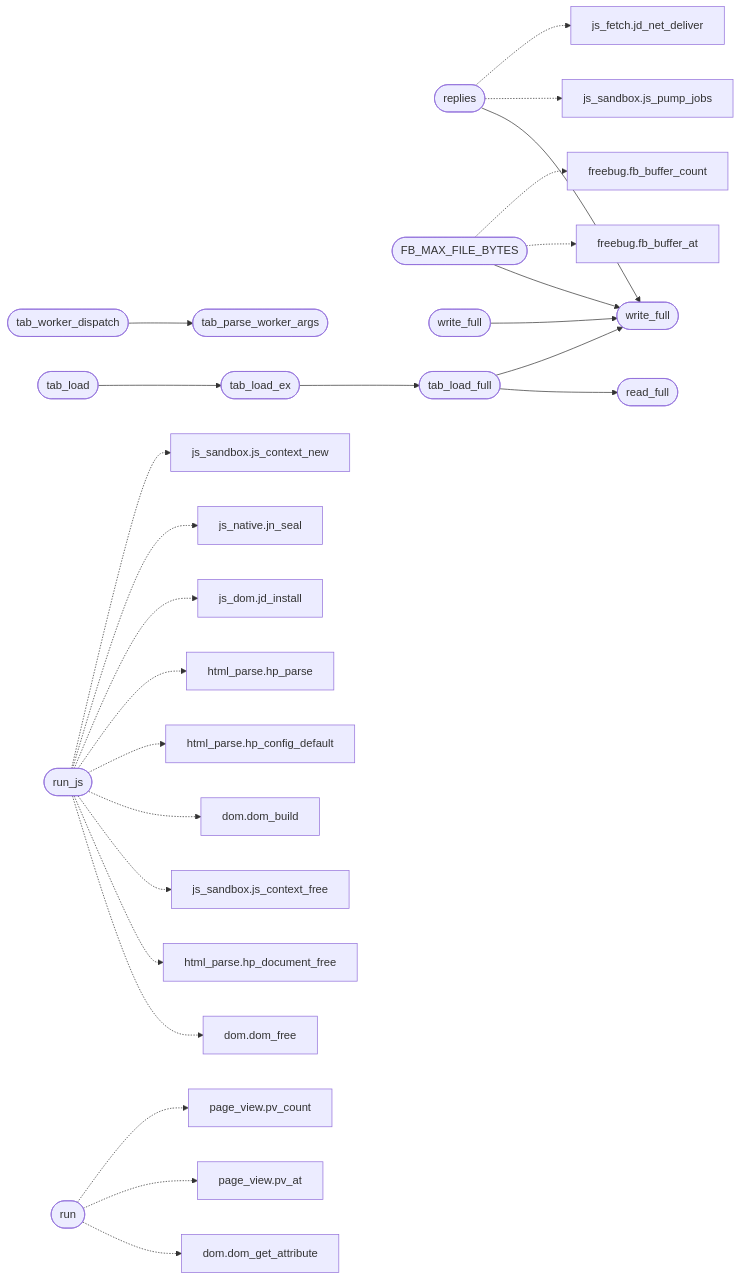
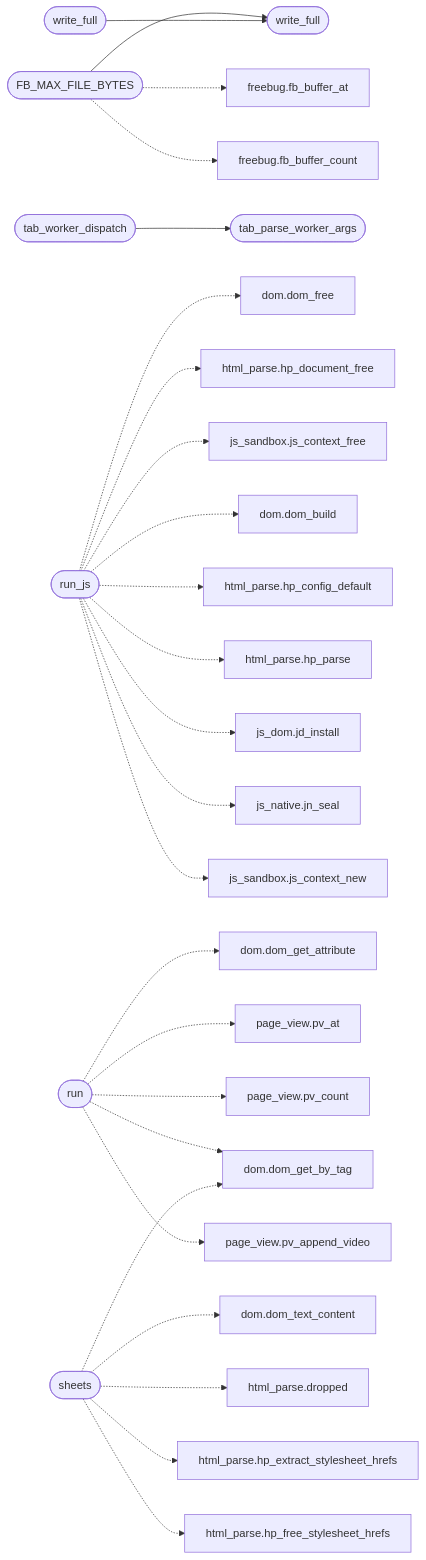
One commit to grisuno/FreeDom changed the second of 2 diagrams in readmenator-apidocs/modules/src.tab.c.md. Above: the diagram before and after it, drawn with Mermaid. The commit also changed other lines of this file and 182 other files, not shown here.

````diff
--- a/readmenator-apidocs/modules/src.tab.c.md
+++ b/readmenator-apidocs/modules/src.tab.c.md
@@ -41,55 +45,55 @@
 ```mermaid
 flowchart LR
-    n_src_tab_c__replies(["replies"])
+    n_src_tab_c__FB_MAX_FILE_BYTES(["FB_MAX_FILE_BYTES"])
     n_src_tab_c__write_full(["write_full"])
-    n_src_tab_c__FB_MAX_FILE_BYTES(["FB_MAX_FILE_BYTES"])
-    n_src_tab_c__write_full_2069(["write_full"])
+    n_src_tab_c__write_full_2144(["write_full"])
     n_src_tab_c__tab_worker_dispatch(["tab_worker_dispatch"])
     n_src_tab_c__tab_parse_worker_args(["tab_parse_worker_args"])
-    n_src_tab_c__tab_load(["tab_load"])
-    n_src_tab_c__tab_load_ex(["tab_load_ex"])
-    n_src_tab_c__tab_load_full(["tab_load_full"])
-    n_src_tab_c__read_full(["read_full"])
-    n_include_js_sandbox_h__js_pump_jobs["js_sandbox.js_pump_jobs"]
-    n_src_js_fetch_c__jd_net_deliver["js_fetch.jd_net_deliver"]
     n_src_tab_c__run_js(["run_js"])
     n_include_dom_h__dom_free["dom.dom_free"]
     n_include_html_parse_h__hp_document_free["html_parse.hp_document_free"]
     n_include_js_sandbox_h__js_context_free["js_sandbox.js_context_free"]
     n_src_dom_c__dom_build["dom.dom_build"]
     n_src_html_parse_c__hp_config_default["html_parse.hp_config_default"]
     n_src_html_parse_c__hp_parse["html_parse.hp_parse"]
     n_src_js_dom_c__jd_install["js_dom.jd_install"]
     n_src_js_native_c__jn_seal["js_native.jn_seal"]
     n_src_js_sandbox_c__js_context_new["js_sandbox.js_context_new"]
     n_include_freebug_h__fb_buffer_at["freebug.fb_buffer_at"]
     n_include_freebug_h__fb_buffer_count["freebug.fb_buffer_count"]
     n_src_tab_c__run(["run"])
     n_include_dom_h__dom_get_attribute["dom.dom_get_attribute"]
     n_include_page_view_h__pv_at["page_view.pv_at"]
     n_include_page_view_h__pv_count["page_view.pv_count"]
-    n_src_tab_c__replies --> n_src_tab_c__write_full
+    n_src_dom_c__dom_get_by_tag["dom.dom_get_by_tag"]
+    n_src_page_view_c__pv_append_video["page_view.pv_append_video"]
+    n_src_tab_c__sheets(["sheets"])
+    n_include_dom_h__dom_text_content["dom.dom_text_content"]
+    n_include_html_parse_h__dropped["html_parse.dropped"]
+    n_include_html_parse_h__hp_extract_stylesheet_hrefs["html_parse.hp_extract_stylesheet_hrefs"]
+    n_include_html_parse_h__hp_free_stylesheet_hrefs["html_parse.hp_free_stylesheet_hrefs"]
     n_src_tab_c__FB_MAX_FILE_BYTES --> n_src_tab_c__write_full
-    n_src_tab_c__write_full_2069 --> n_src_tab_c__write_full
+    n_src_tab_c__write_full_2144 --> n_src_tab_c__write_full
     n_src_tab_c__tab_worker_dispatch --> n_src_tab_c__tab_parse_worker_args
-    n_src_tab_c__tab_load --> n_src_tab_c__tab_load_ex
-    n_src_tab_c__tab_load_ex --> n_src_tab_c__tab_load_full
-    n_src_tab_c__tab_load_full --> n_src_tab_c__read_full
-    n_src_tab_c__tab_load_full --> n_src_tab_c__write_full
-    n_src_tab_c__replies -.-> n_include_js_sandbox_h__js_pump_jobs
-    n_src_tab_c__replies -.-> n_src_js_fetch_c__jd_net_deliver
     n_src_tab_c__run_js -.-> n_include_dom_h__dom_free
     n_src_tab_c__run_js -.-> n_include_html_parse_h__hp_document_free
     n_src_tab_c__run_js -.-> n_include_js_sandbox_h__js_context_free
     n_src_tab_c__run_js -.-> n_src_dom_c__dom_build
     n_src_tab_c__run_js -.-> n_src_html_parse_c__hp_config_default
     n_src_tab_c__run_js -.-> n_src_html_parse_c__hp_parse
     n_src_tab_c__run_js -.-> n_src_js_dom_c__jd_install
     n_src_tab_c__run_js -.-> n_src_js_native_c__jn_seal
     n_src_tab_c__run_js -.-> n_src_js_sandbox_c__js_context_new
     n_src_tab_c__FB_MAX_FILE_BYTES -.-> n_include_freebug_h__fb_buffer_at
     n_src_tab_c__FB_MAX_FILE_BYTES -.-> n_include_freebug_h__fb_buffer_count
     n_src_tab_c__run -.-> n_include_dom_h__dom_get_attribute
     n_src_tab_c__run -.-> n_include_page_view_h__pv_at
     n_src_tab_c__run -.-> n_include_page_view_h__pv_count
+    n_src_tab_c__run -.-> n_src_dom_c__dom_get_by_tag
+    n_src_tab_c__run -.-> n_src_page_view_c__pv_append_video
+    n_src_tab_c__sheets -.-> n_include_dom_h__dom_text_content
+    n_src_tab_c__sheets -.-> n_include_html_parse_h__dropped
+    n_src_tab_c__sheets -.-> n_include_html_parse_h__hp_extract_stylesheet_hrefs
+    n_src_tab_c__sheets -.-> n_include_html_parse_h__hp_free_stylesheet_hrefs
+    n_src_tab_c__sheets -.-> n_src_dom_c__dom_get_by_tag
 ```
````
